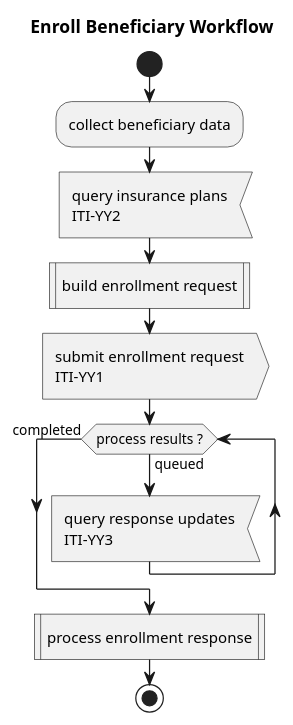
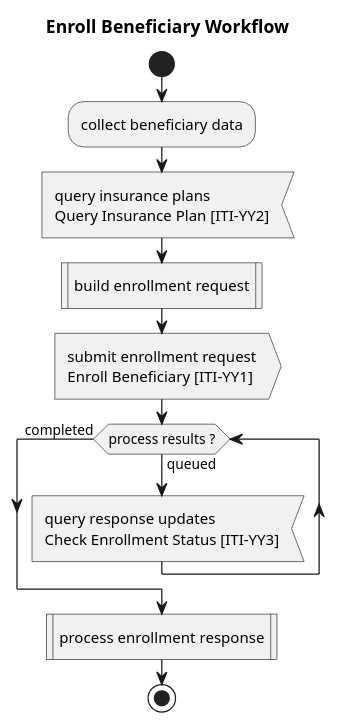
One commit to IHE/ITI.Finance changed the diagram in input/images-source/overview-enroll.plantuml. Above: the diagram before and after it, drawn with PlantUML. The commit also changed 1 other file, not shown here.

Commit message:
Added transaction names to overview diagram.  Fixes #11.

```diff
--- a/input/images-source/overview-enroll.plantuml
+++ b/input/images-source/overview-enroll.plantuml
@@ -1,16 +1,16 @@
 @startuml
 
 title Enroll Beneficiary Workflow
 
 start
 :collect beneficiary data;
-:query insurance plans\nITI-YY2<
+:query insurance plans\nQuery Insurance Plan &#91;ITI-YY2&#93;<
 :build enrollment request|
-:submit enrollment request\nITI-YY1>
+:submit enrollment request\nEnroll Beneficiary &#91;ITI-YY1&#93;>
 while (process results ?) is (queued)
-  :query response updates\nITI-YY3<
+  :query response updates\nCheck Enrollment Status &#91;ITI-YY3&#93;<
 endwhile (completed)
 :process enrollment response|
 stop
 
 @enduml
```
